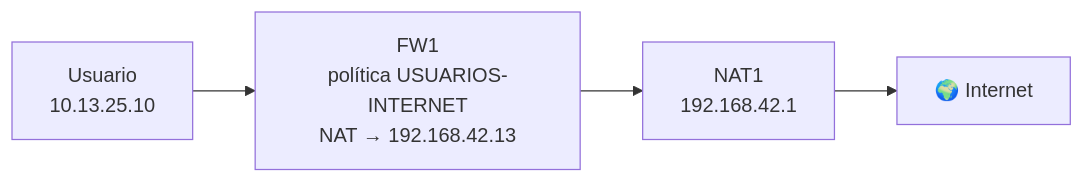
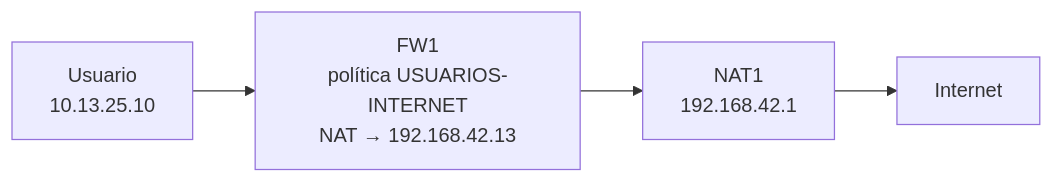
One commit to OAPR2000/Infrastructura1-Fortigate-Fortigate-Omar-Paulino-2025-1325 changed the third of 3 diagrams in README.md. Above: the diagram before and after it, drawn with Mermaid. The commit also changed other lines of this file, not shown here.

````diff
--- a/README.md
+++ b/README.md
@@ -101,5 +101,5 @@
 ```mermaid
 flowchart LR
     U["Usuario<br/>10.13.25.10"] --> FW1["FW1<br/>política USUARIOS-INTERNET<br/>NAT → 192.168.42.13"]
-    FW1 --> NAT1["NAT1<br/>192.168.42.1"] --> I["🌍 Internet"]
+    FW1 --> NAT1["NAT1<br/>192.168.42.1"] --> I["Internet"]
 ```
````
